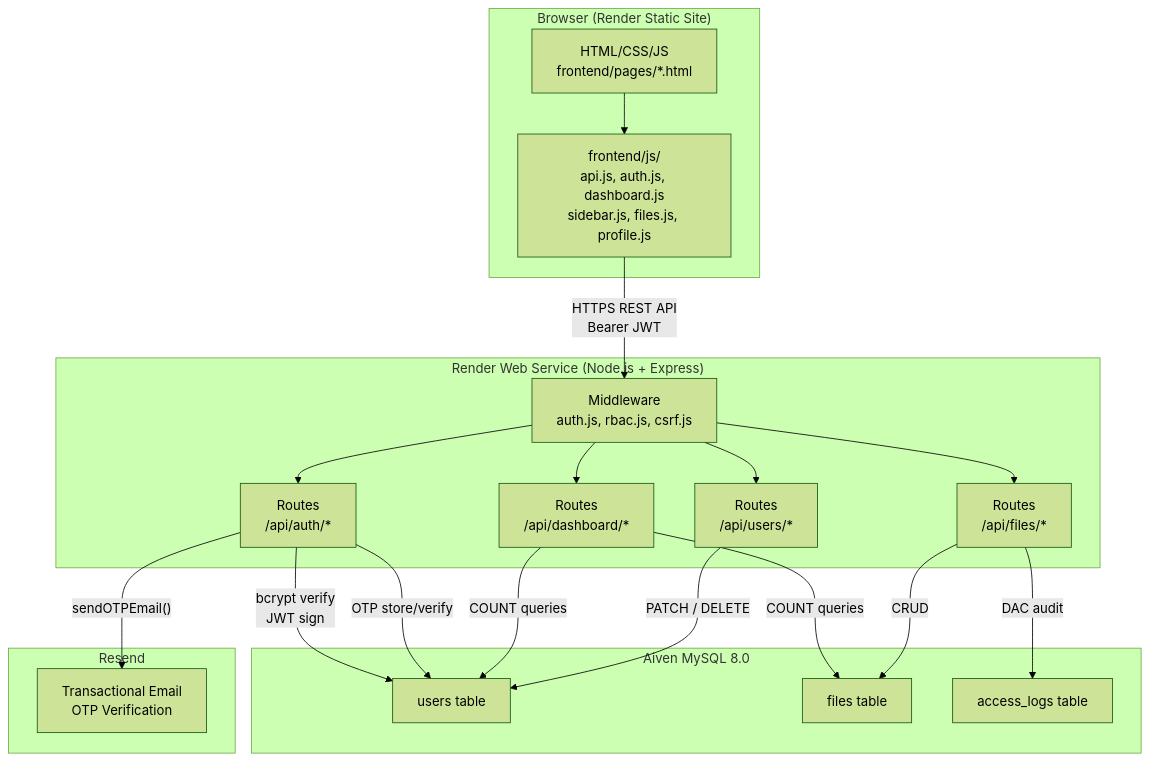
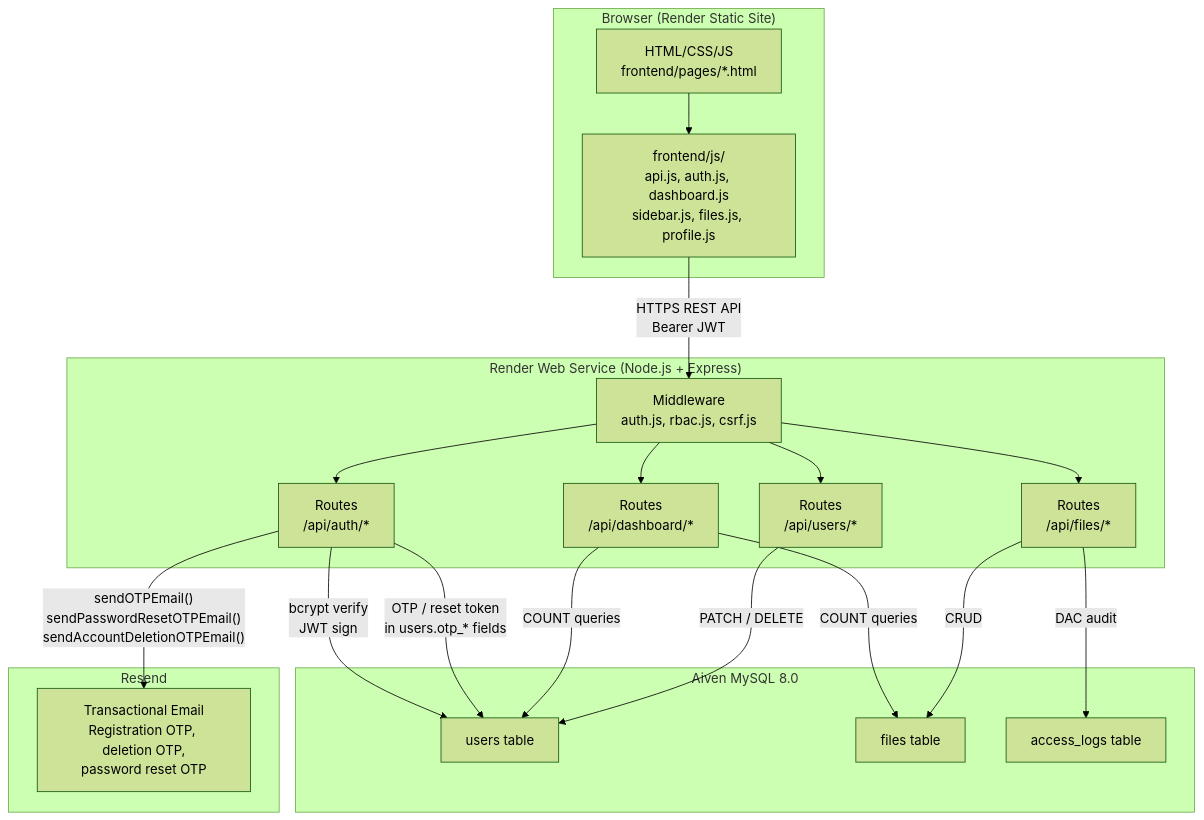
One commit to mikaelleon/BakeSync-Authentication changed the first of 4 diagrams in docs/ARCHITECTURE.md. Above: the diagram before and after it, drawn with Mermaid (forest theme). The commit also changed other lines of this file and 8 other files, not shown here.

First line of the commit message:
docs: update README and documentation for password reset and OTP enhancements

````diff
--- a/docs/ARCHITECTURE.md
+++ b/docs/ARCHITECTURE.md
@@ -28,40 +28,40 @@
 ```mermaid
 graph TB
   subgraph Client["Browser (Render Static Site)"]
     FE["HTML/CSS/JS<br/>frontend/pages/*.html"]
     JS["frontend/js/<br/>api.js, auth.js, dashboard.js<br/>sidebar.js, files.js, profile.js"]
   end
 
   subgraph Backend["Render Web Service (Node.js + Express)"]
     MW["Middleware<br/>auth.js, rbac.js, csrf.js"]
     AUTH["Routes<br/>/api/auth/*"]
     DASH["Routes<br/>/api/dashboard/*"]
     FILES["Routes<br/>/api/files/*"]
     USERS["Routes<br/>/api/users/*"]
   end
 
   subgraph DB["Aiven MySQL 8.0"]
     USERS_T["users table"]
     FILES_T["files table"]
     LOGS_T["access_logs table"]
   end
 
   subgraph Email["Resend"]
-    SMTP["Transactional Email<br/>OTP Verification"]
+    SMTP["Transactional Email<br/>Registration OTP, deletion OTP,<br/>password reset OTP"]
   end
 
   FE --> JS
   JS -->|"HTTPS REST API<br/>Bearer JWT"| MW
   MW --> AUTH
   MW --> DASH
   MW --> FILES
   MW --> USERS
   AUTH -->|"bcrypt verify<br/>JWT sign"| USERS_T
-  AUTH -->|"OTP store/verify"| USERS_T
-  AUTH -->|"sendOTPEmail()"| SMTP
+  AUTH -->|"OTP / reset token<br/>in users.otp_* fields"| USERS_T
+  AUTH -->|"sendOTPEmail()<br/>sendPasswordResetOTPEmail()<br/>sendAccountDeletionOTPEmail()"| SMTP
   DASH -->|"COUNT queries"| USERS_T
   DASH -->|"COUNT queries"| FILES_T
   FILES -->|"CRUD"| FILES_T
   FILES -->|"DAC audit"| LOGS_T
   USERS -->|"PATCH / DELETE"| USERS_T
 ```
````
